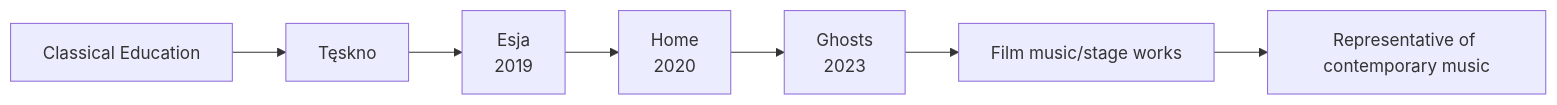
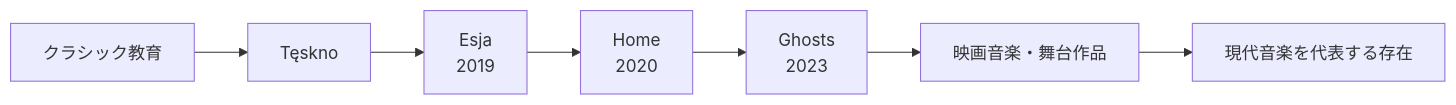
Before and after one commit to monumental-movement/monumental-movement.github.io: diagram 12 of 13 in en/_posts/2026-08-05-column-hania-rani.md, drawn with Mermaid. The commit also changed other lines of this file and 2196 other files, not shown here.

```diff
--- a/en/_posts/2026-08-05-column-hania-rani.md
+++ b/en/_posts/2026-08-05-column-hania-rani.md
@@ -1628,18 +1628,18 @@
 <div class="mermaid">
 graph LR
 
-A["Classical Education"]
+A["クラシック教育"]
 
 A --> B["Tęskno"]
 
 B --> C["Esja<br/>2019"]
 
 C --> D["Home<br/>2020"]
 
 D --> E["Ghosts<br/>2023"]
 
-E --> F["Film music/stage works"]
+E --> F["映画音楽・舞台作品"]
 
-F --> G["Representative of contemporary music"]
+F --> G["現代音楽を代表する存在"]
 
 </div>
```
